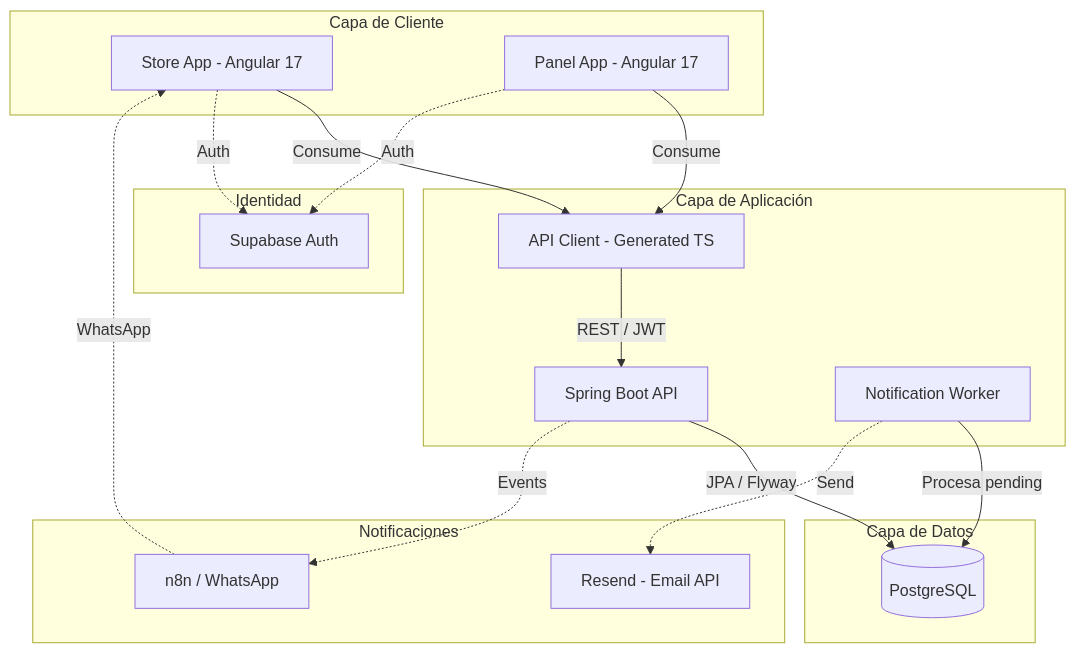
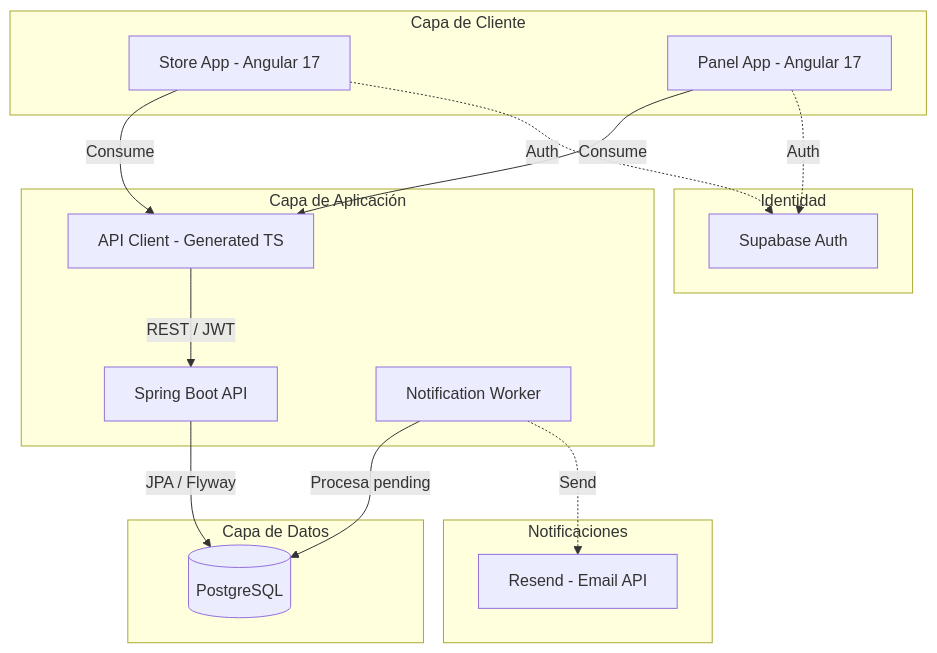
One commit to alexanderCanon/neversion changed the diagram in docs/diagrams/architecture.md. Above: the diagram before and after it, drawn with Mermaid. The commit also changed other lines of this file and 14 other files, not shown here.

Commit message:
Refactor notification handling and update architecture documentation

````diff
--- a/docs/diagrams/architecture.md
+++ b/docs/diagrams/architecture.md
@@ -5,40 +5,37 @@
 ```mermaid
 graph TD
     subgraph Client_Layer [Capa de Cliente]
         Store[Store App - Angular 17]
         Panel[Panel App - Angular 17]
     end
 
     subgraph Auth_Service [Identidad]
         Supabase[Supabase Auth]
     end
 
     subgraph Backend_Layer [Capa de Aplicación]
         API[Spring Boot API]
         Client_Lib[API Client - Generated TS]
         Worker[Notification Worker]
     end
 
     subgraph Persistence_Layer [Capa de Datos]
         DB[(PostgreSQL)]
     end
 
     subgraph Notifications [Notificaciones]
         Resend[Resend - Email API]
-        n8n[n8n / WhatsApp]
     end
 
     Store -->|Consume| Client_Lib
     Panel -->|Consume| Client_Lib
     Client_Lib -->|REST / JWT| API
     
     API -->|JPA / Flyway| DB
     Worker -->|Procesa pending| DB
     
     Store -.->|Auth| Supabase
     Panel -.->|Auth| Supabase
     
     Worker -.->|Send| Resend
-    API -.->|Events| n8n
-    n8n -.->|WhatsApp| Store
 ```
````
